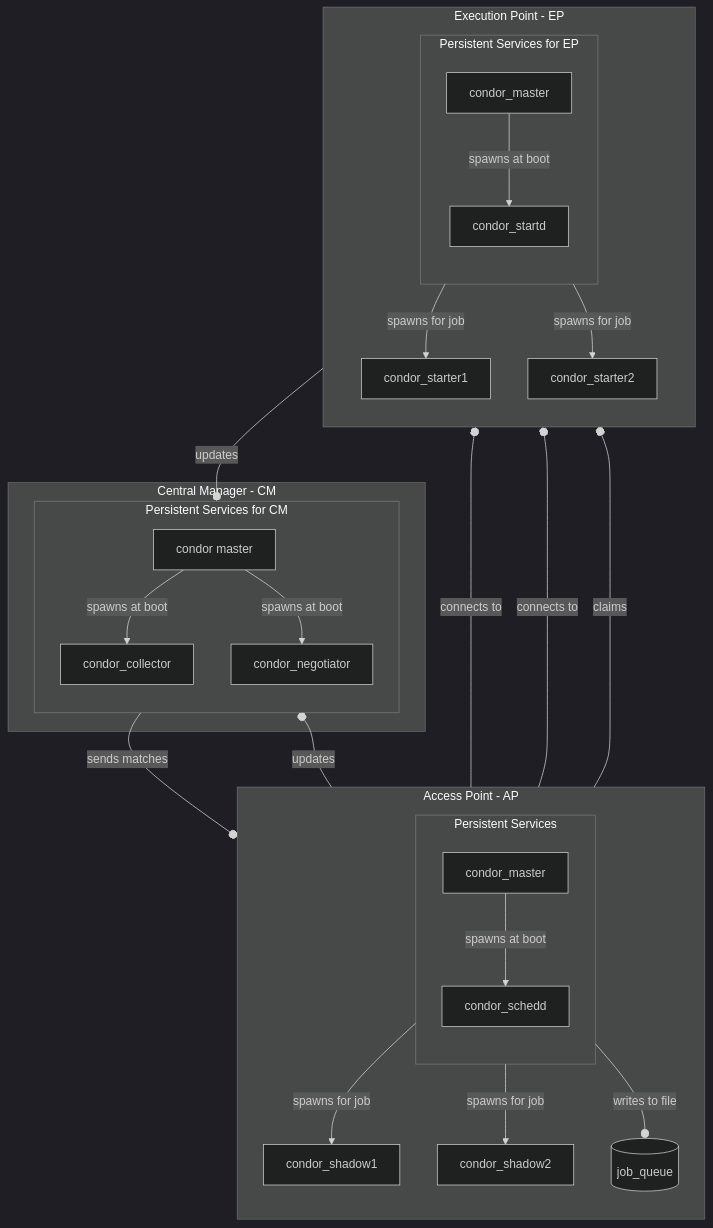
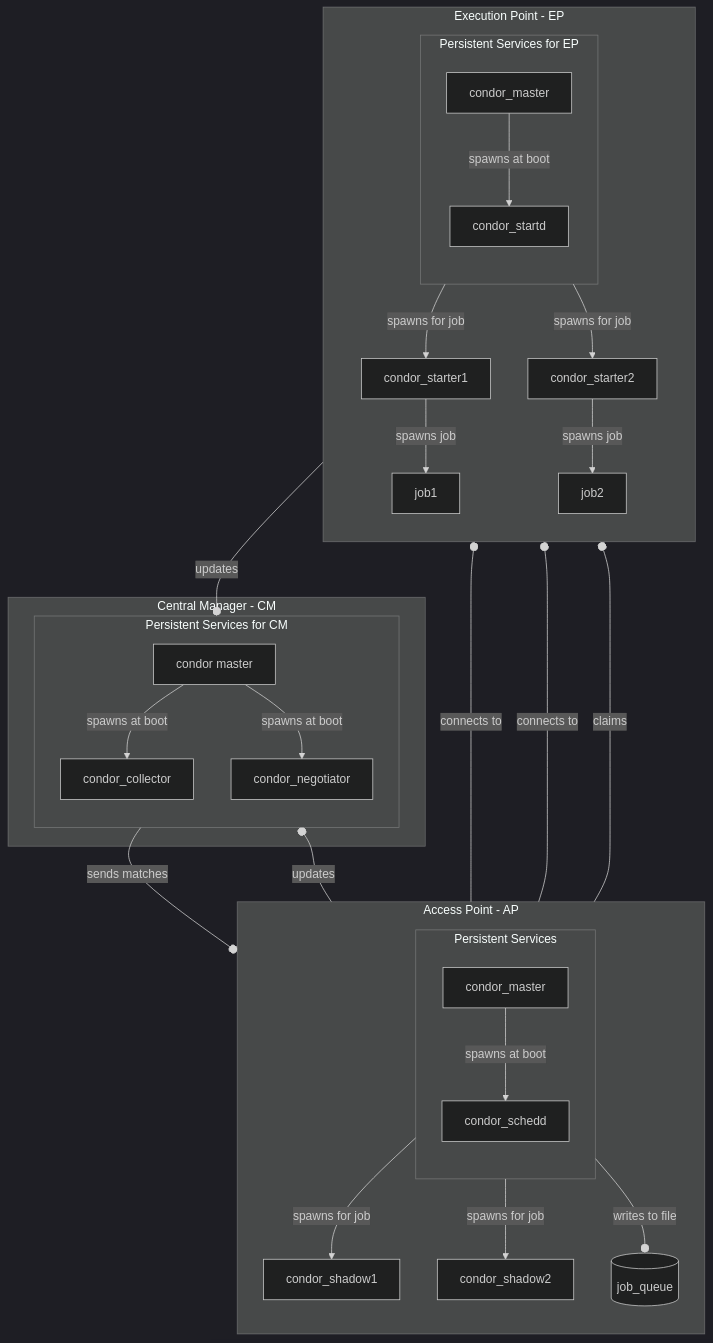
The fourth of 4 diagrams in docs/admin-manual/introduction-admin-manual.rst (htcondor/htcondor), drawn with Mermaid (dark theme) before and after one commit.

Commit message:
HTCONDOR-2389 Add a job to the big mermaid diagram

```diff
--- a/docs/admin-manual/introduction-admin-manual.rst
+++ b/docs/admin-manual/introduction-admin-manual.rst
@@ -139,63 +139,65 @@
 .. mermaid::
     :caption: HTCondor Process Architecture
     :align: center
  
      flowchart TD
          subgraph Access Point - AP
          direction LR;
          
          subgraph Persistent Services
              direction TB
              condor_master
              condor_schedd
          end
              direction TB
              condor_master -- spawns at boot --> condor_schedd
  
              job_queue[(job_queue)]
              condor_schedd -- spawns for job --> condor_shadow1
              condor_schedd -- spawns for job --> condor_shadow2
              condor_schedd -- writes to file --o job_queue
          end
      
          subgraph Central Manager - CM
          subgraph Persistent Services for CM
              direction TB
              cm_master[condor master]
              condor_collector
              condor_negotiator
  
              cm_master -- spawns at boot --> condor_collector
              cm_master -- spawns at boot --> condor_negotiator
             
          end
      end
  
      subgraph Execution Point - EP
      subgraph Persistent Services for EP
              direction TB
              ep_master[condor_master]
              condor_startd
          end
      direction TB
          ep_master -- spawns at boot --> condor_startd
                      
          condor_startd -- spawns for job --> condor_starter1
          condor_startd -- spawns for job --> condor_starter2
+         condor_starter1 -- spawns job --> job1
+         condor_starter2 -- spawns job --> job2
      end
  
      condor_shadow1 -- connects to --o condor_starter1
      condor_shadow2 -- connects to --o condor_starter2
      condor_schedd  -- claims      --o condor_startd
  
      condor_startd  -- updates     --o condor_collector
      condor_schedd  -- updates     --o condor_collector
      condor_negotiator -- sends matches --o condor_schedd
  
      %%subgraph tools       
      %%        condor_submit -- connects to --o condor_schedd
      %%        condor_q      -- connects to --o condor_schedd
      %%        condor_rm     -- connects to --o condor_schedd
      %%        condor_status -- queries     --o condor_collector
      %%        condor_userprio -- queries   --o condor_negotiator
      %%end
```
